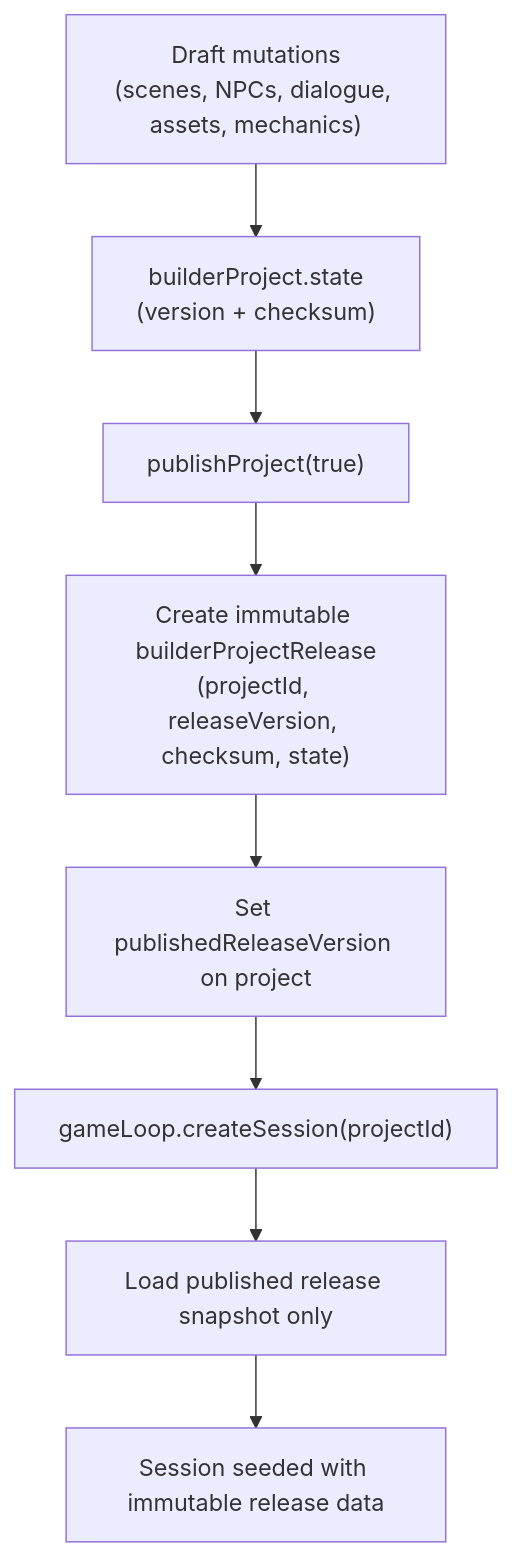
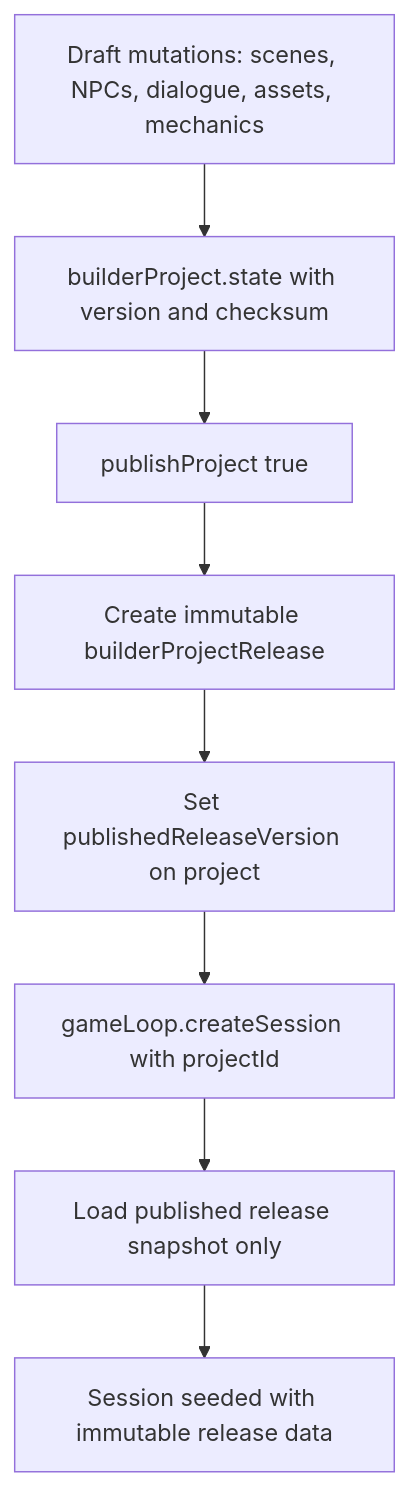
The seventh of 13 diagrams in README.md (d4551/tea), drawn with Mermaid before and after one commit. The commit also changed other lines of this file and 21 other files, not shown here.

First line of the commit message:
docs: fix README Mermaid charts for GitHub, remove legacy pitch refs

````diff
--- a/README.md
+++ b/README.md
@@ -346,10 +339,10 @@
 ```mermaid
 flowchart TD
-  A["Draft mutations<br>(scenes, NPCs, dialogue, assets, mechanics)"] --> B["builderProject.state<br>(version + checksum)"]
-  B --> C["publishProject(true)"]
-  C --> D["Create immutable builderProjectRelease<br>(projectId, releaseVersion, checksum, state)"]
+  A["Draft mutations: scenes, NPCs, dialogue, assets, mechanics"] --> B["builderProject.state with version and checksum"]
+  B --> C["publishProject true"]
+  C --> D["Create immutable builderProjectRelease"]
   D --> E["Set publishedReleaseVersion on project"]
-  E --> F["gameLoop.createSession(projectId)"]
+  E --> F["gameLoop.createSession with projectId"]
   F --> G["Load published release snapshot only"]
   G --> H["Session seeded with immutable release data"]
 ```
````
